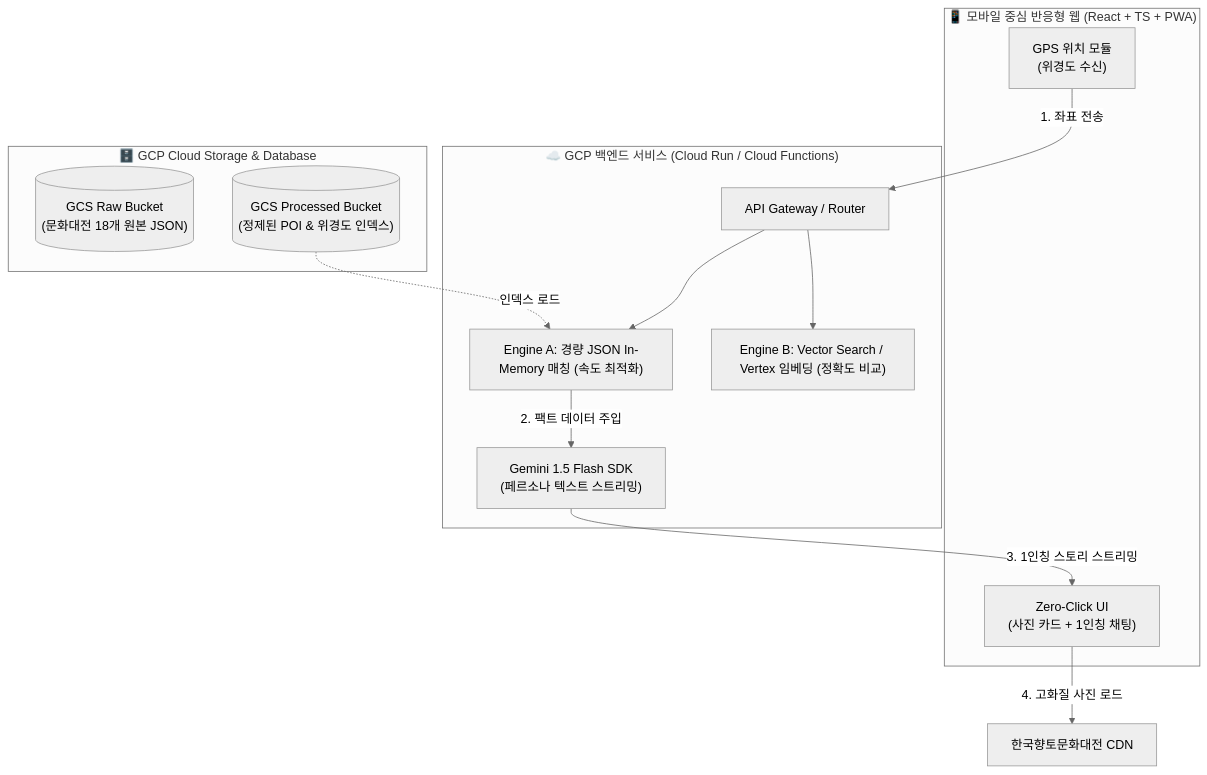
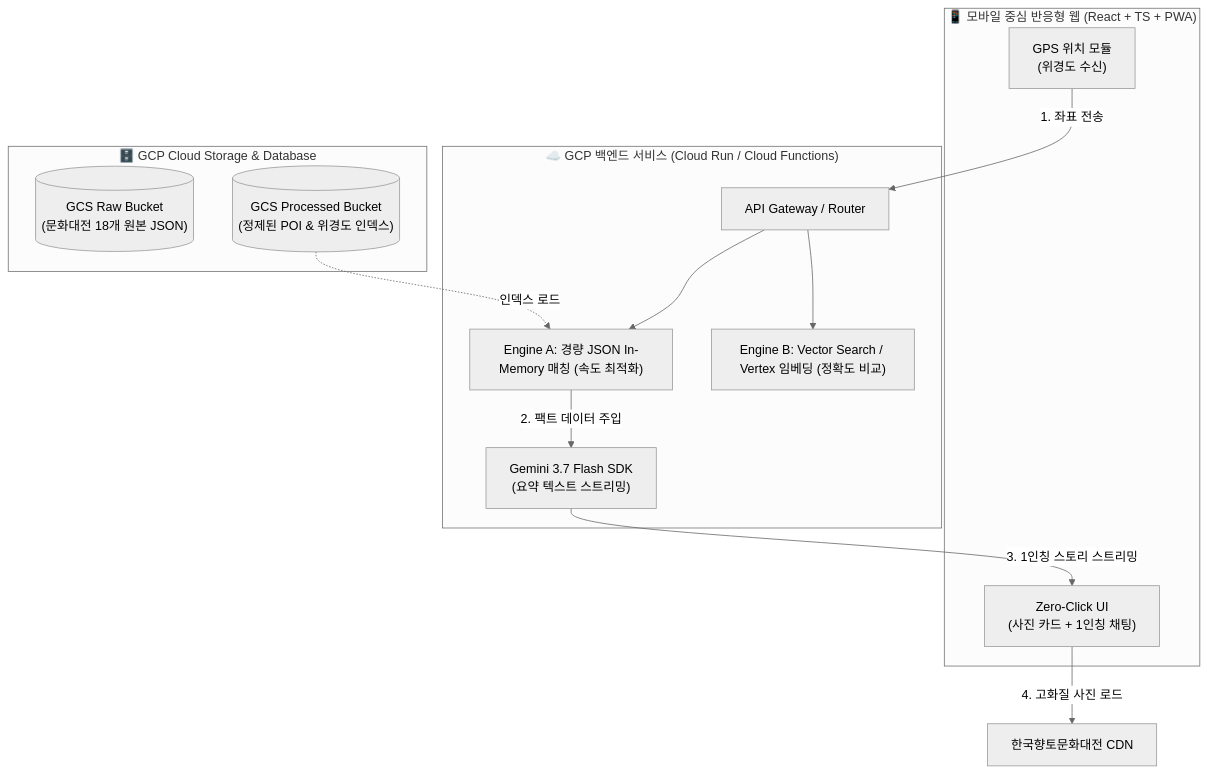
The third of 4 diagrams in 헤커톤_기획서.md (Gukui0516/Docent-in-hand), drawn with Mermaid (neutral theme) before and after one commit. The commit also changed other lines of this file and 4 other files, not shown here.

First line of the commit message:
docs: 문서를 현재 코드 구조에 맞춰 정정 (단일 요약 에이전트 · gemini-3.7-flash)

````diff
--- a/헤커톤_기획서.md
+++ b/헤커톤_기획서.md
@@ -123,26 +130,26 @@
 ```mermaid
 flowchart TB
     subgraph Client["📱 모바일 중심 반응형 웹 (React + TS + PWA)"]
         GPS["GPS 위치 모듈<br/>(위경도 수신)"]
         UI["Zero-Click UI<br/>(사진 카드 + 1인칭 채팅)"]
     end
 
     subgraph Backend["☁️ GCP 백엔드 서비스 (Cloud Run / Cloud Functions)"]
         Router["API Gateway / Router"]
         EngineA["Engine A: 경량 JSON In-Memory 매칭 (속도 최적화)"]
         EngineB["Engine B: Vector Search / Vertex 임베딩 (정확도 비교)"]
-        GeminiWrapper["Gemini 1.5 Flash SDK<br/>(페르소나 텍스트 스트리밍)"]
+        GeminiWrapper["Gemini 3.7 Flash SDK<br/>(요약 텍스트 스트리밍)"]
     end
 
     subgraph Storage["🗄️ GCP Cloud Storage & Database"]
         GCS_Raw[("GCS Raw Bucket<br/>(문화대전 18개 원본 JSON)")]
         GCS_Index[("GCS Processed Bucket<br/>(정제된 POI & 위경도 인덱스)")]
     end
 
     GPS -->|1. 좌표 전송| Router
     Router --> EngineA & EngineB
     GCS_Index -.->|인덱스 로드| EngineA
     EngineA -->|2. 팩트 데이터 주입| GeminiWrapper
     GeminiWrapper -->|3. 1인칭 스토리 스트리밍| UI
     UI -->|4. 고화질 사진 로드| CDN["한국향토문화대전 CDN"]
 ```
````
